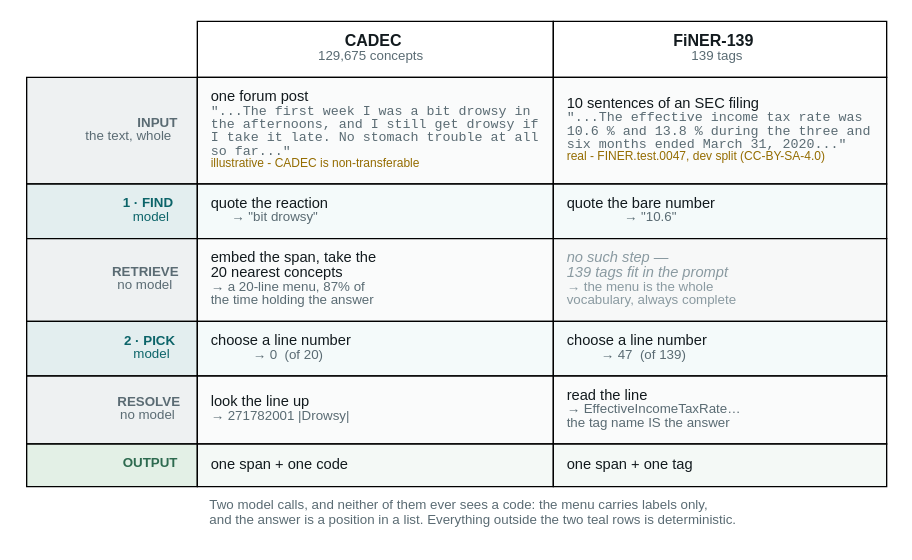
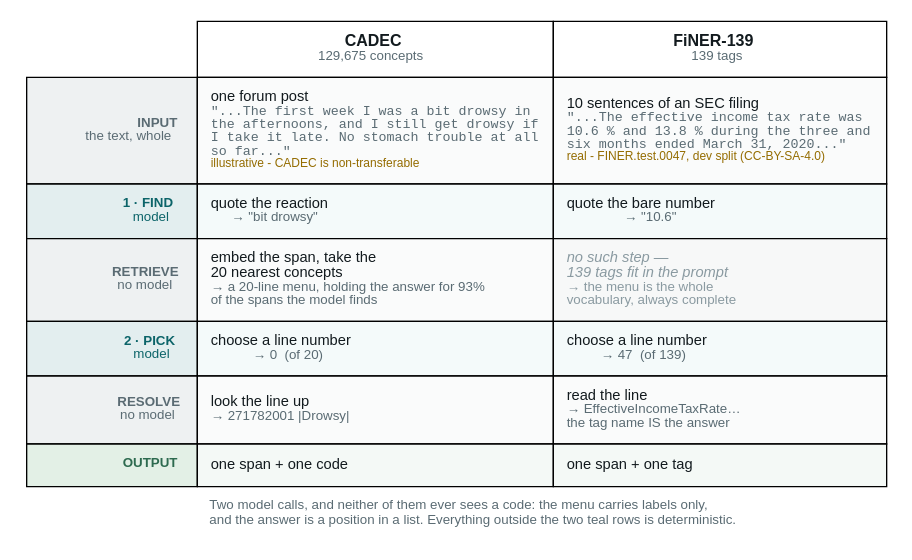
The diagram in docs/figures/fig7-pipelines.dot (wbagais/reliability-ladder), drawn with Graphviz before and after one commit. The commit also changed 21 other files, not shown here.

```diff
--- a/docs/figures/fig7-pipelines.dot
+++ b/docs/figures/fig7-pipelines.dot
@@ -1,67 +1,67 @@
 // The two pipelines side by side. ONE figure replacing the two per-corpus
 // towers: the payloads (post, JSON, menu) live in the prose, and this carries
 // only what is genuinely spatial — the order of the steps, who acts at each
 // one, and the single row where the two corpora differ.
 //
 // COLOUR KEY — consistent with fig1-wiring / fig3-loop / fig4-precondition:
 //   teal  #0c6469  a language model runs here  (a channel, NOT a verdict)
 //   grey  #5a6b73  deterministic step, no model
 //   green #2d6a4f  the finished record
 // Amber (costs-and-does-not-earn) and red (fails) keep their article meanings
 // and are absent: nothing here is a verdict. The step FiNER does not have is
 // a dashed grey ghost, not amber — a step that does not exist has no cost.
 digraph pipelines {
   bgcolor="white";
   node [shape=none fontname="Helvetica"];
 
   t [label=<<TABLE BORDER="0" CELLBORDER="1" CELLSPACING="0" CELLPADDING="9">
 
     <TR>
       <TD BORDER="0"></TD>
       <TD BGCOLOR="#ffffff" ALIGN="CENTER" WIDTH="250"><FONT POINT-SIZE="12" COLOR="#121a1e"><B>CADEC</B></FONT><BR/><FONT POINT-SIZE="10" COLOR="#5a6b73">129,675 concepts</FONT></TD>
       <TD BGCOLOR="#ffffff" ALIGN="CENTER" WIDTH="250"><FONT POINT-SIZE="12" COLOR="#121a1e"><B>FiNER-139</B></FONT><BR/><FONT POINT-SIZE="10" COLOR="#5a6b73">139 tags</FONT></TD>
     </TR>
 
     <TR>
       <TD BGCOLOR="#eef1f2" ALIGN="RIGHT" WIDTH="128"><FONT POINT-SIZE="10.5" COLOR="#5a6b73"><B>INPUT</B></FONT><BR ALIGN="RIGHT"/><FONT POINT-SIZE="10" COLOR="#5a6b73">the text, whole</FONT></TD>
       <TD BGCOLOR="#fafbfb" ALIGN="LEFT"><FONT POINT-SIZE="11.5" COLOR="#121a1e">one forum post</FONT><BR ALIGN="LEFT"/><FONT POINT-SIZE="10" FACE="Courier" COLOR="#5a6b73">"...The first week I was a bit drowsy in<BR ALIGN="LEFT"/>the afternoons, and I still get drowsy if<BR ALIGN="LEFT"/>I take it late. No stomach trouble at all<BR ALIGN="LEFT"/>so far..."</FONT><BR ALIGN="LEFT"/><FONT POINT-SIZE="9" COLOR="#946c00">illustrative - CADEC is non-transferable</FONT><BR ALIGN="LEFT"/></TD>
       <TD BGCOLOR="#fafbfb" ALIGN="LEFT"><FONT POINT-SIZE="11.5" COLOR="#121a1e">10 sentences of an SEC filing</FONT><BR ALIGN="LEFT"/><FONT POINT-SIZE="10" FACE="Courier" COLOR="#5a6b73">"...The effective income tax rate was<BR ALIGN="LEFT"/>10.6 % and 13.8 % during the three and<BR ALIGN="LEFT"/>six months ended March 31, 2020..."</FONT><BR ALIGN="LEFT"/><FONT POINT-SIZE="9" COLOR="#946c00">real - FINER.test.0047, dev split (CC-BY-SA-4.0)</FONT><BR ALIGN="LEFT"/></TD>
     </TR>
 
     <TR>
       <TD BGCOLOR="#e3eeef" ALIGN="RIGHT"><FONT POINT-SIZE="10.5" COLOR="#0c6469"><B>1 · FIND</B><BR ALIGN="RIGHT"/>model</FONT></TD>
       <TD BGCOLOR="#f4fafa" ALIGN="LEFT"><FONT POINT-SIZE="11.5" COLOR="#121a1e">quote the reaction<BR ALIGN="LEFT"/></FONT><FONT POINT-SIZE="10.5" COLOR="#5a6b73">→ "bit drowsy"</FONT></TD>
       <TD BGCOLOR="#f4fafa" ALIGN="LEFT"><FONT POINT-SIZE="11.5" COLOR="#121a1e">quote the bare number<BR ALIGN="LEFT"/></FONT><FONT POINT-SIZE="10.5" COLOR="#5a6b73">→ "10.6"</FONT></TD>
     </TR>
 
     <TR>
       <TD BGCOLOR="#eef1f2" ALIGN="RIGHT"><FONT POINT-SIZE="10.5" COLOR="#5a6b73"><B>RETRIEVE</B><BR ALIGN="RIGHT"/>no model</FONT></TD>
-      <TD BGCOLOR="#fafbfb" ALIGN="LEFT"><FONT POINT-SIZE="11.5" COLOR="#121a1e">embed the span, take the<BR ALIGN="LEFT"/>20 nearest concepts<BR ALIGN="LEFT"/></FONT><FONT POINT-SIZE="10.5" COLOR="#5a6b73">→ a 20-line menu, 87% of<BR ALIGN="LEFT"/>the time holding the answer</FONT><BR ALIGN="LEFT"/></TD>
+      <TD BGCOLOR="#fafbfb" ALIGN="LEFT"><FONT POINT-SIZE="11.5" COLOR="#121a1e">embed the span, take the<BR ALIGN="LEFT"/>20 nearest concepts<BR ALIGN="LEFT"/></FONT><FONT POINT-SIZE="10.5" COLOR="#5a6b73">→ a 20-line menu, holding the answer for 93%<BR ALIGN="LEFT"/>of the spans the model finds</FONT><BR ALIGN="LEFT"/></TD>
       <TD BGCOLOR="#f7f8f8" ALIGN="LEFT"><FONT POINT-SIZE="11.5" COLOR="#8a9aa1"><I>no such step —<BR ALIGN="LEFT"/>139 tags fit in the prompt<BR ALIGN="LEFT"/></I></FONT><FONT POINT-SIZE="10.5" COLOR="#8a9aa1">→ the menu is the whole<BR ALIGN="LEFT"/>vocabulary, always complete</FONT><BR ALIGN="LEFT"/></TD>
     </TR>
 
     <TR>
       <TD BGCOLOR="#e3eeef" ALIGN="RIGHT"><FONT POINT-SIZE="10.5" COLOR="#0c6469"><B>2 · PICK</B><BR ALIGN="RIGHT"/>model</FONT></TD>
       <TD BGCOLOR="#f4fafa" ALIGN="LEFT"><FONT POINT-SIZE="11.5" COLOR="#121a1e">choose a line number<BR ALIGN="LEFT"/></FONT><FONT POINT-SIZE="10.5" COLOR="#5a6b73">→ 0 &#160;(of 20)</FONT></TD>
       <TD BGCOLOR="#f4fafa" ALIGN="LEFT"><FONT POINT-SIZE="11.5" COLOR="#121a1e">choose a line number<BR ALIGN="LEFT"/></FONT><FONT POINT-SIZE="10.5" COLOR="#5a6b73">→ 47 &#160;(of 139)</FONT></TD>
     </TR>
 
     <TR>
       <TD BGCOLOR="#eef1f2" ALIGN="RIGHT"><FONT POINT-SIZE="10.5" COLOR="#5a6b73"><B>RESOLVE</B><BR ALIGN="RIGHT"/>no model</FONT></TD>
       <TD BGCOLOR="#fafbfb" ALIGN="LEFT"><FONT POINT-SIZE="11.5" COLOR="#121a1e">look the line up<BR ALIGN="LEFT"/></FONT><FONT POINT-SIZE="10.5" COLOR="#5a6b73">→ 271782001 |Drowsy|</FONT></TD>
       <TD BGCOLOR="#fafbfb" ALIGN="LEFT"><FONT POINT-SIZE="11.5" COLOR="#121a1e">read the line<BR ALIGN="LEFT"/></FONT><FONT POINT-SIZE="10.5" COLOR="#5a6b73">→ EffectiveIncomeTaxRate…<BR ALIGN="LEFT"/>the tag name IS the answer</FONT><BR ALIGN="LEFT"/></TD>
     </TR>
 
     <TR>
       <TD BGCOLOR="#e3f0e6" ALIGN="RIGHT"><FONT POINT-SIZE="10.5" COLOR="#2d6a4f"><B>OUTPUT</B></FONT></TD>
       <TD BGCOLOR="#f4f9f6" ALIGN="LEFT"><FONT POINT-SIZE="11.5" COLOR="#121a1e">one span + one code</FONT></TD>
       <TD BGCOLOR="#f4f9f6" ALIGN="LEFT"><FONT POINT-SIZE="11.5" COLOR="#121a1e">one span + one tag</FONT></TD>
     </TR>
 
     <TR>
       <TD BORDER="0"></TD>
       <TD BORDER="0" COLSPAN="2" ALIGN="LEFT"><FONT POINT-SIZE="10.5" COLOR="#5a6b73">Two model calls, and neither of them ever sees a code: the menu carries labels only,<BR ALIGN="LEFT"/>and the answer is a position in a list. Everything outside the two teal rows is deterministic.</FONT><BR ALIGN="LEFT"/></TD>
     </TR>
 
   </TABLE>>];
 }
```
